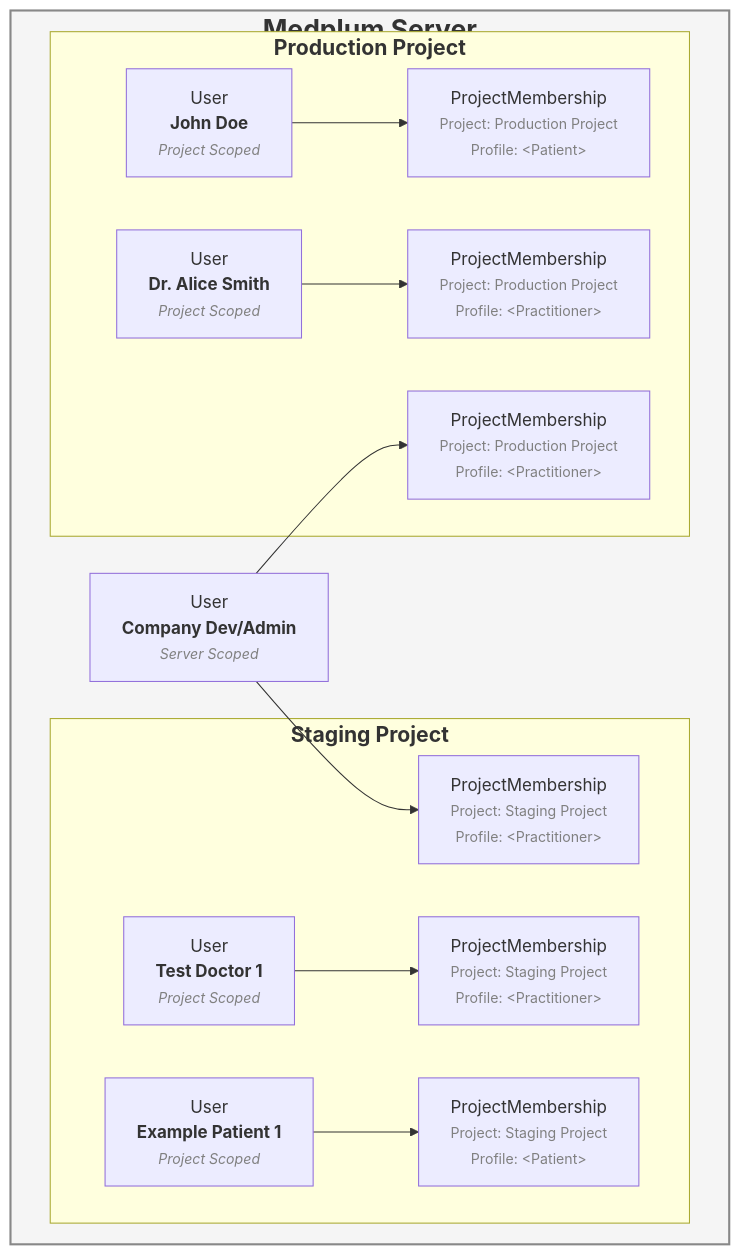
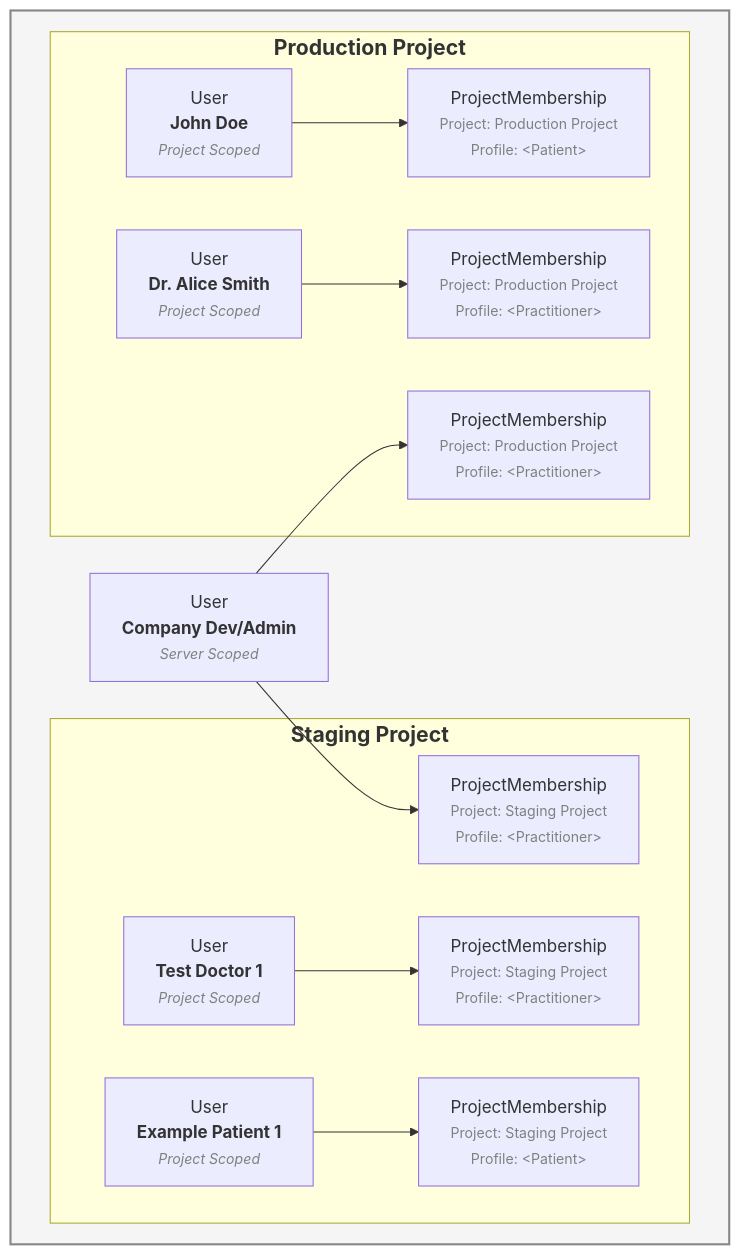
The diagram in packages/docs/docs/user-management/project-vs-server-scoped-users.mdx (medplum/medplum), drawn with Mermaid before and after one commit.

Commit message:
Update project-vs-server-scoped-users.mdx
Docusaurus doesn't like the formatting of this header

````diff
--- a/packages/docs/docs/user-management/project-vs-server-scoped-users.mdx
+++ b/packages/docs/docs/user-management/project-vs-server-scoped-users.mdx
@@ -29,38 +29,38 @@
 ```mermaid  
 flowchart TD
-    subgraph MedplumServer["<div style='font-size:25px; font-weight:bold;'>Medplum Server</div>"]
+    subgraph MedplumServer[" "]
         %% Server‑Scoped User
         SS1[<div style="text-align: center;">User<br><strong>Company Dev/Admin</strong><br><small><em style='color:gray;'>Server Scoped</em></small></div>]
         SS1 --> PM1_SS1
         SS1 --> PM2_SS1
 
         %% Staging Project subgraph
         subgraph StagingProject["<div style='font-size:20px; font-weight:bold;'>Staging Project</div>"]
             SD1[<div style="text-align: center;">User<br><strong>Test Doctor 1</strong><br><small><em style='color:gray;'>Project Scoped</em></small></div>]
             PM1[<div style="text-align: center;">ProjectMembership<br><small style='color:gray;'>Project: Staging Project<br>Profile: &lt;Practitioner&gt;</small></div>]
             SD1 --> PM1
 
             PAT1[<div style="text-align: center;">User<br><strong>Example Patient 1</strong><br><small><em style='color:gray;'>Project Scoped</em></small></div>]
             PM_PAT1[<div style="text-align: center;">ProjectMembership<br><small style='color:gray;'>Project: Staging Project<br>Profile: &lt;Patient&gt;</small></div>]
             PAT1 --> PM_PAT1
 
             PM1_SS1[<div style="text-align: center;">ProjectMembership<br><small style='color:gray;'>Project: Staging Project<br>Profile: &lt;Practitioner&gt;</small></div>]
         end
 
         %% Production Project subgraph
         subgraph ProdProject["<div style='font-size:20px; font-weight:bold;'>Production Project</div>"]
             PAT2[<div style="text-align: center;">User<br><strong>John Doe</strong><br><small><em style='color:gray;'>Project Scoped</em></small></div>]
             PM_PAT2[<div style="text-align: center;">ProjectMembership<br><small style='color:gray;'>Project: Production Project<br>Profile: &lt;Patient&gt;</small></div>]
             PAT2 --> PM_PAT2
 
             DR_SMITH[<div style="text-align: center;">User<br><strong>Dr. Alice Smith</strong><br><small><em style='color:gray;'>Project Scoped</em></small></div>]
             DR_SMITH_PM[<div style="text-align: center;">ProjectMembership<br><small style='color:gray;'>Project: Production Project<br>Profile: &lt;Practitioner&gt;</small></div>]
             DR_SMITH --> DR_SMITH_PM
 
             PM2_SS1[<div style="text-align: center;">ProjectMembership<br><small style='color:gray;'>Project: Production Project<br>Profile: &lt;Practitioner&gt;</small></div>]
         end
     end
 
     style MedplumServer fill:#f5f5f5,stroke:#888888,stroke-width:2px;
 
 ```
````
